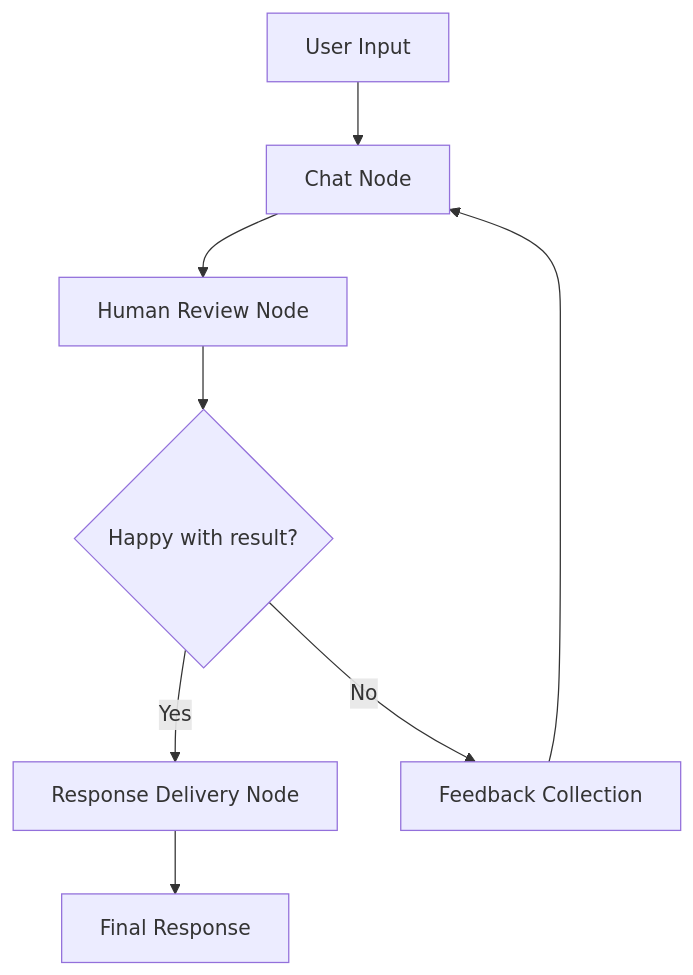
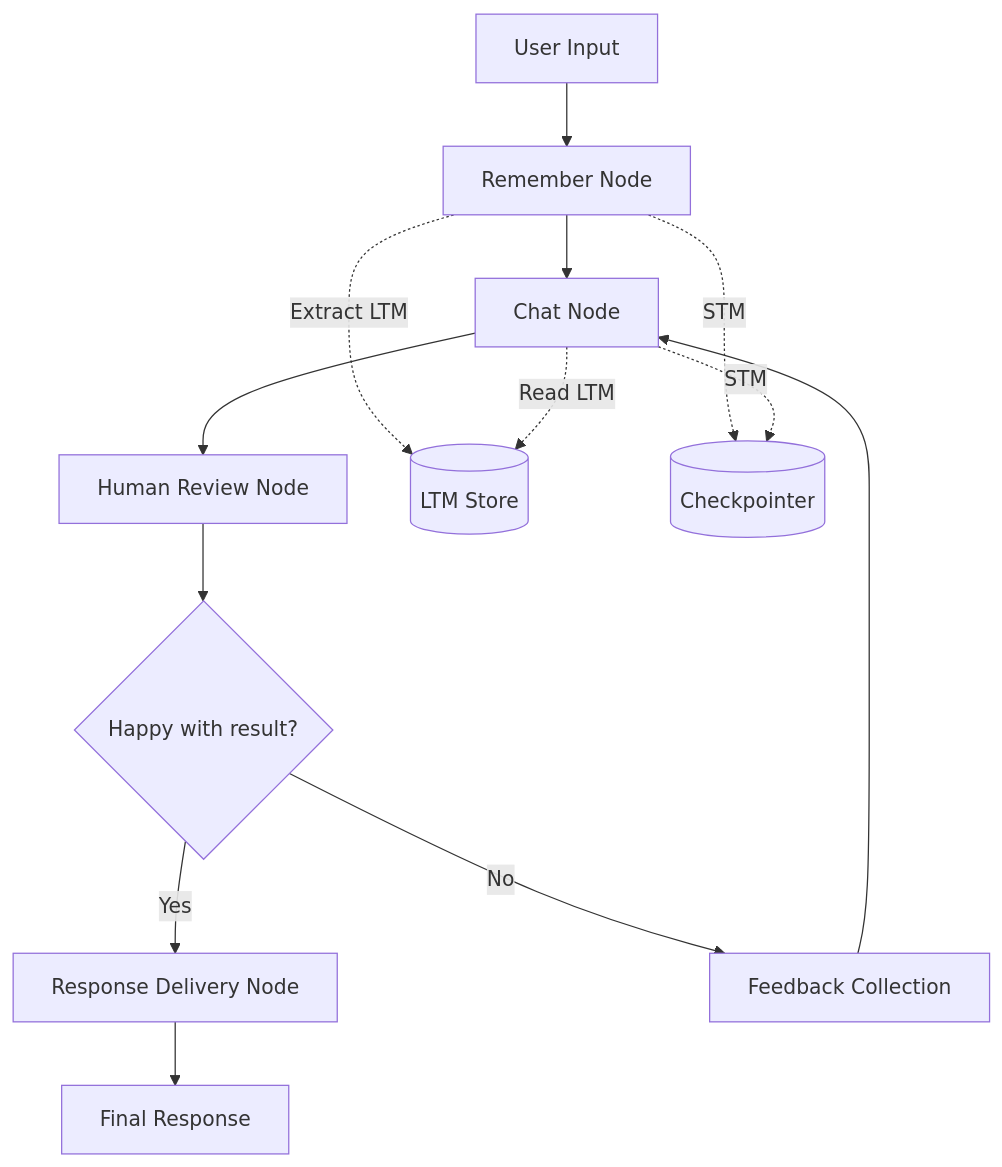
Before and after one commit to Akshu24Tech/Lang-Graph: the diagram in voice-chatbot-hitl/README.md, drawn with Mermaid. The commit also changed other lines of this file, not shown here.

````diff
--- a/voice-chatbot-hitl/README.md
+++ b/voice-chatbot-hitl/README.md
@@ -62,10 +70,16 @@
 ```mermaid
 graph TD
-    A[User Input] --> B[Chat Node]
-    B --> C[Human Review Node]
-    C --> D{Happy with result?}
-    D -->|Yes| E[Response Delivery Node]
-    D -->|No| F[Feedback Collection]
-    F --> B
-    E --> G[Final Response]
+    A[User Input] --> B[Remember Node]
+    B --> C[Chat Node]
+    C --> D[Human Review Node]
+    D --> E{Happy with result?}
+    E -->|Yes| F[Response Delivery Node]
+    E -->|No| G[Feedback Collection]
+    G --> C
+    F --> H[Final Response]
+    
+    B -.Extract LTM.-> I[(LTM Store)]
+    C -.Read LTM.-> I
+    B -.STM.-> J[(Checkpointer)]
+    C -.STM.-> J
 ```
````
